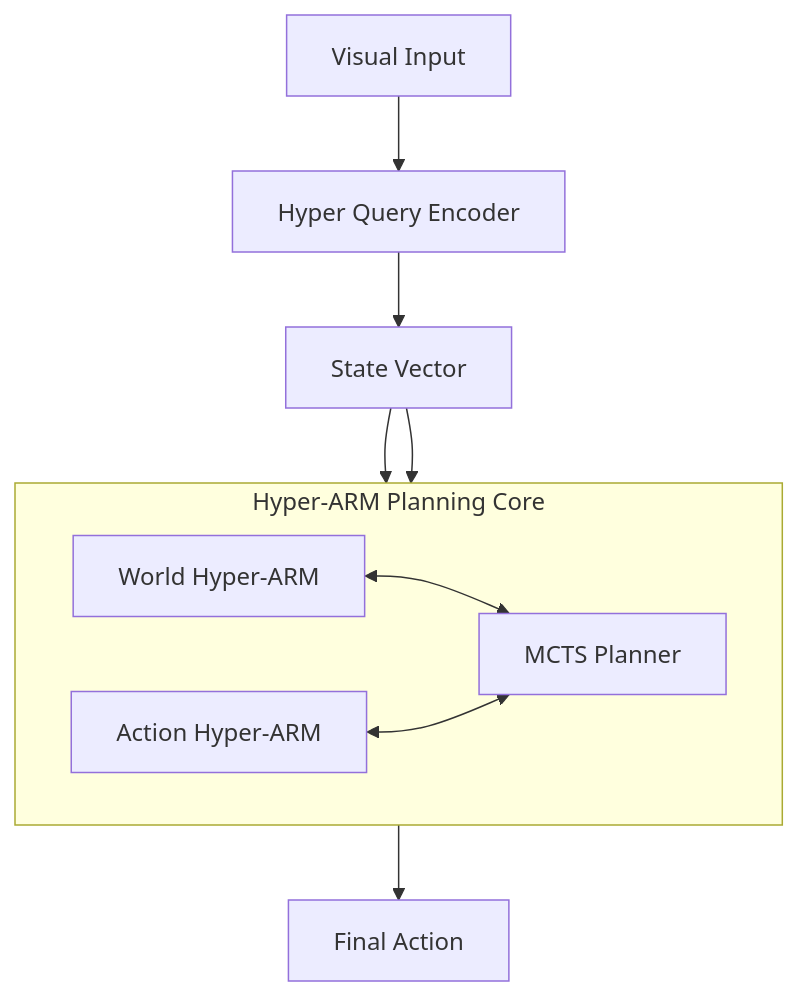
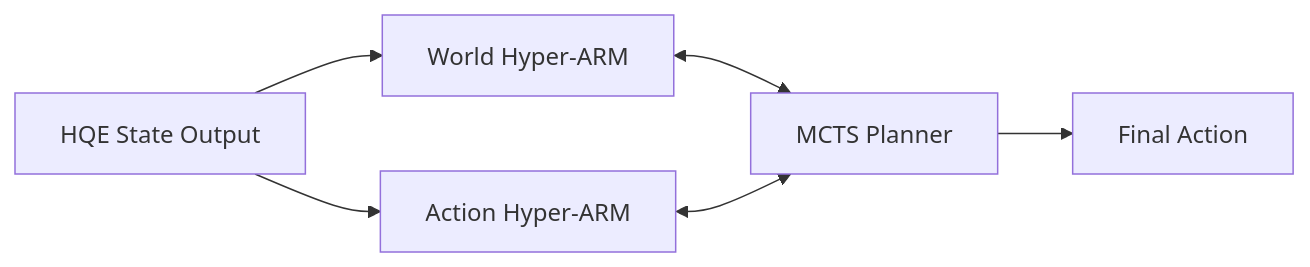
The diagram in README.md (streamlineddesigns/Hyper-ARM-Hypernetwork-Associative-Recall-Memory), drawn with Mermaid before and after one commit. The commit also changed other lines of this file, not shown here.

````diff
--- a/README.md
+++ b/README.md
@@ -44,19 +44,8 @@
 ```mermaid
-flowchart TD
-    Input["Visual Input"] --> HQE["Hyper Query Encoder"]
-    HQE --> State["State Vector"]
-    
-    subgraph Planning_Core["Hyper-ARM Planning Core"]
-        direction LR
-        World["World Hyper-ARM"]
-        MCTS["MCTS Planner"]
-        Action["Action Hyper-ARM"]
-        
-        World <--> MCTS
-        Action <--> MCTS
-    end
-    
-    State --> World
-    State --> Action
+flowchart LR
+    HQE["HQE State Output"] --> World["World Hyper-ARM"]
+    HQE --> Action["Action Hyper-ARM"]
+    World <--> MCTS["MCTS Planner"]
+    Action <--> MCTS
     MCTS --> Output["Final Action"]
 ```
````
